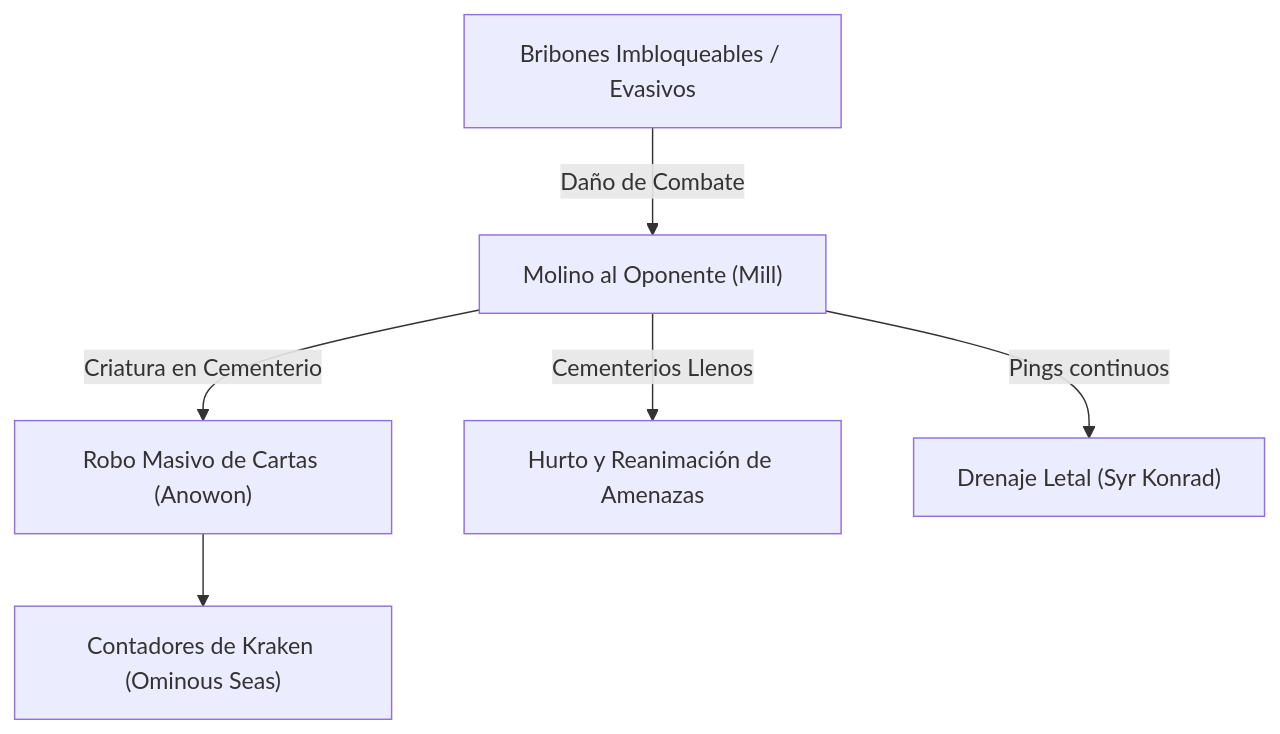
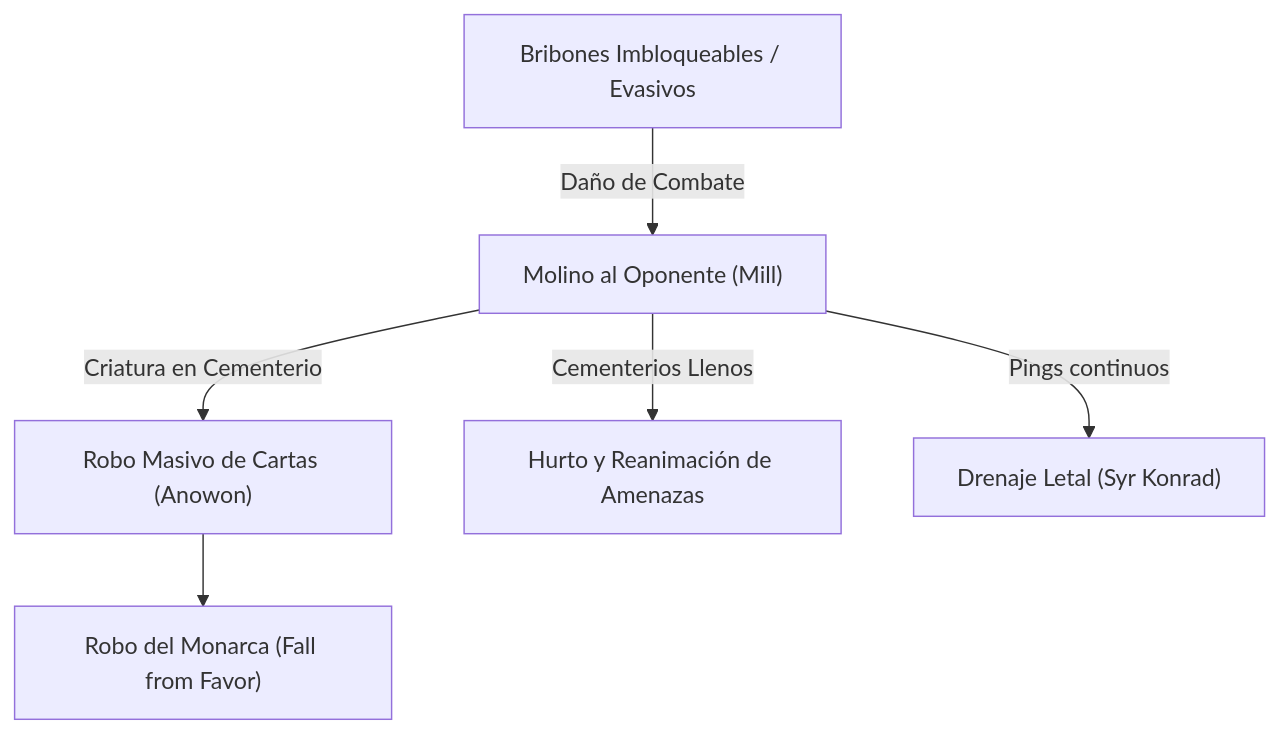
One commit to 00Ragnarok85/Magic-Skill changed the first of 2 diagrams in decks/Commander/anowon/anowon_guide.md. Above: the diagram before and after it, drawn with Mermaid. The commit also changed other lines of this file and 3 other files, not shown here.

````diff
--- a/decks/Commander/anowon/anowon_guide.md
+++ b/decks/Commander/anowon/anowon_guide.md
@@ -64,8 +64,8 @@
 ```mermaid
 flowchart TD
     A["Bribones Imbloqueables / Evasivos"] -->|Daño de Combate| B["Molino al Oponente (Mill)"]
     B -->|Criatura en Cementerio| C["Robo Masivo de Cartas (Anowon)"]
     B -->|Cementerios Llenos| D["Hurto y Reanimación de Amenazas"]
     B -->|Pings continuos| E["Drenaje Letal (Syr Konrad)"]
-    C --> F["Contadores de Kraken (Ominous Seas)"]
+    C --> F["Robo del Monarca (Fall from Favor)"]
 ```
````
